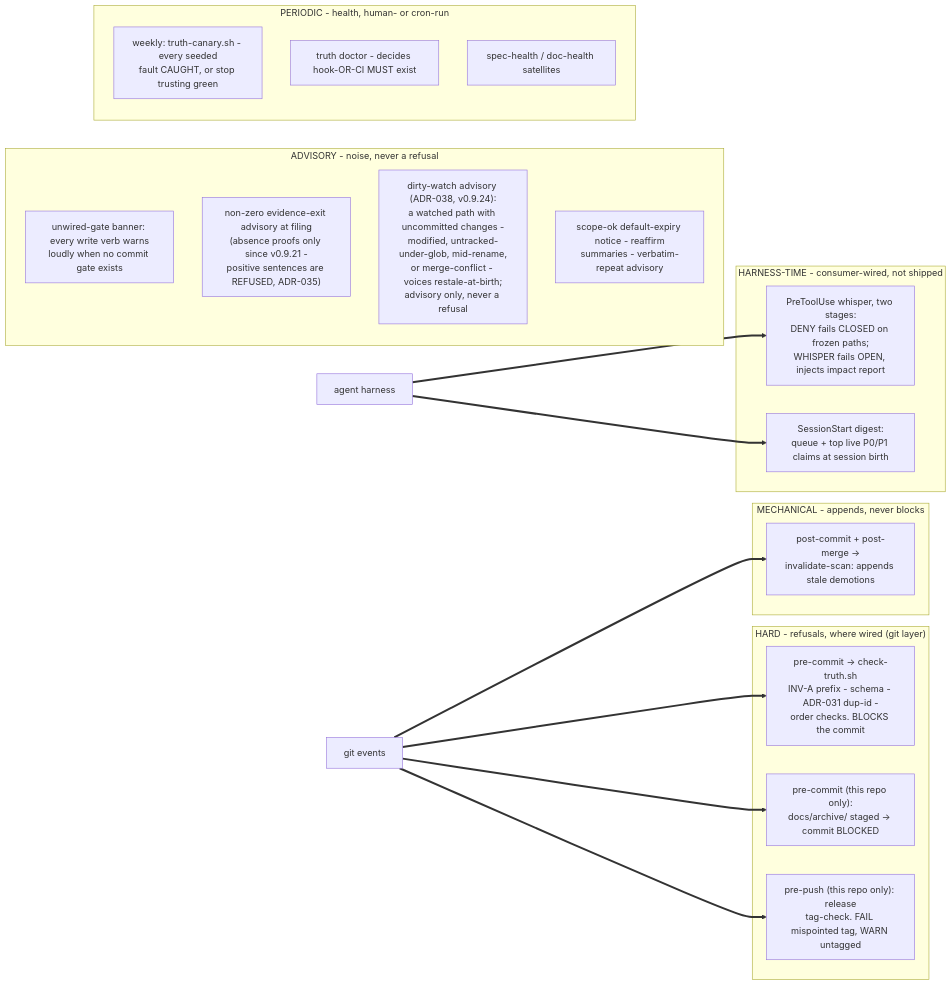
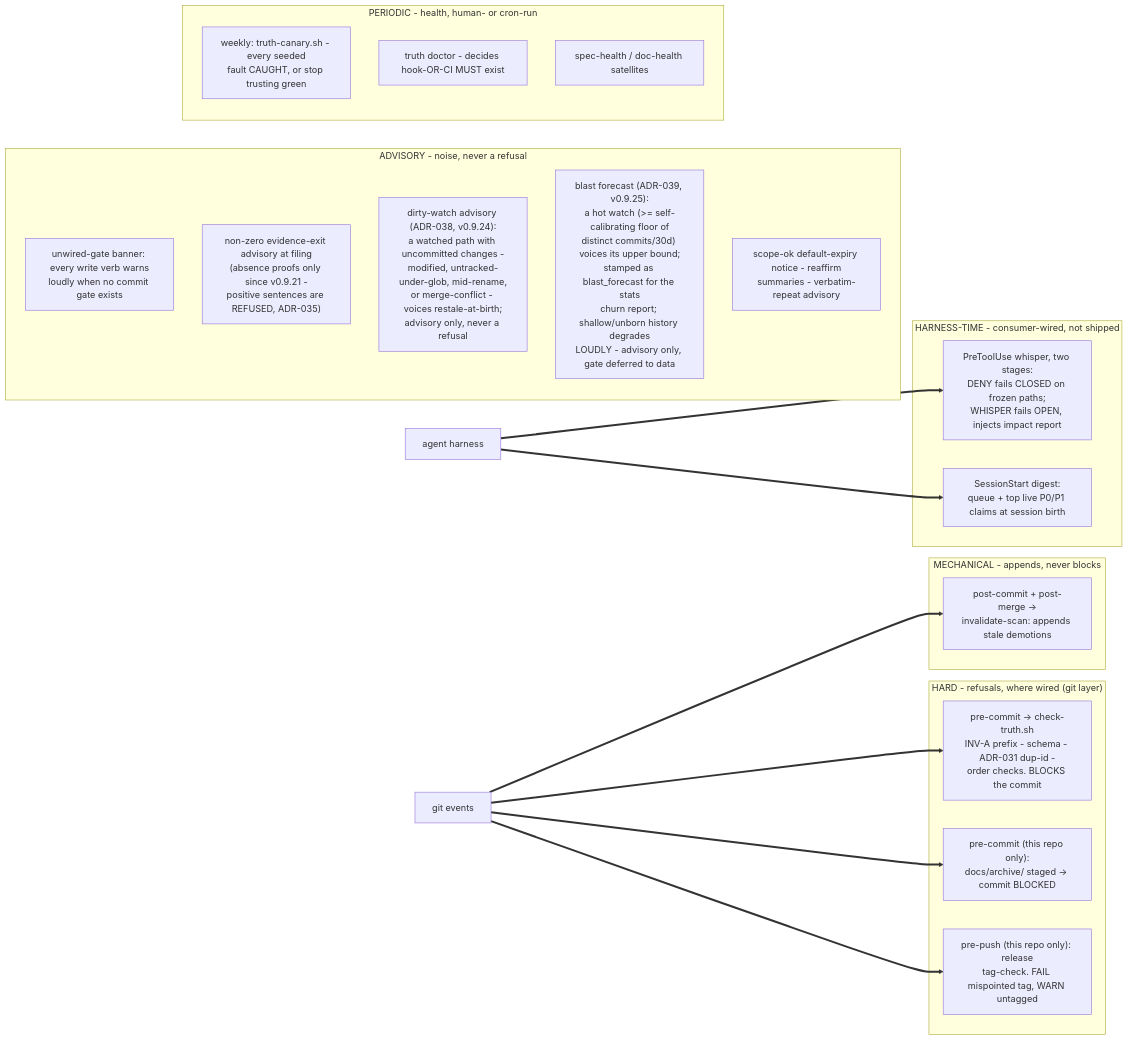
Before and after one commit to m1981/truth-ledger: the sixth of 7 diagrams in docs/truth-ledger-explained.md, drawn with Mermaid. The commit also changed other lines of this file and 12 other files, not shown here.

First line of the commit message:
v0.9.25: ADR-039 blast forecast + churn report (R5, FINAL release of gates adoption)

````diff
--- a/docs/truth-ledger-explained.md
+++ b/docs/truth-ledger-explained.md
@@ -677,33 +677,34 @@
 ```mermaid
 flowchart LR
     subgraph hard["HARD - refusals, where wired (git layer)"]
         PC["pre-commit -> check-truth.sh<br/>INV-A prefix - schema - ADR-031 dup-id -<br/>order checks. BLOCKS the commit"]
         FR["pre-commit (this repo only):<br/>docs/archive/ staged -> commit BLOCKED"]
         PP["pre-push (this repo only): release<br/>tag-check. FAIL mispointed tag, WARN untagged"]
     end
 
     subgraph mech["MECHANICAL - appends, never blocks"]
         POC["post-commit + post-merge -><br/>invalidate-scan: appends stale demotions"]
     end
 
     subgraph harness["HARNESS-TIME - consumer-wired, not shipped"]
         WH["PreToolUse whisper, two stages:<br/>DENY fails CLOSED on frozen paths;<br/>WHISPER fails OPEN, injects impact report"]
         DG["SessionStart digest:<br/>queue + top live P0/P1 claims at session birth"]
     end
 
     subgraph advisory["ADVISORY - noise, never a refusal"]
         BAN["unwired-gate banner: every write verb warns<br/>loudly when no commit gate exists"]
         EXW["non-zero evidence-exit advisory at filing<br/>(absence proofs only since v0.9.21 -<br/>positive sentences are REFUSED, ADR-035)"]
         DWN["dirty-watch advisory (ADR-038, v0.9.24):<br/>a watched path with uncommitted changes -<br/>modified, untracked-under-glob, mid-rename,<br/>or merge-conflict - voices restale-at-birth;<br/>advisory only, never a refusal"]
+        BLF["blast forecast (ADR-039, v0.9.25):<br/>a hot watch (>= self-calibrating floor of<br/>distinct commits/30d) voices its upper bound;<br/>stamped as blast_forecast for the stats<br/>churn report; shallow/unborn history degrades<br/>LOUDLY - advisory only, gate deferred to data"]
         SOK["scope-ok default-expiry notice - reaffirm<br/>summaries - verbatim-repeat advisory"]
     end
 
     subgraph periodic["PERIODIC - health, human- or cron-run"]
         CAN["weekly: truth-canary.sh - every seeded<br/>fault CAUGHT, or stop trusting green"]
         DOC["truth doctor - decides hook-OR-CI MUST exist"]
         SAT["spec-health / doc-health satellites"]
     end
 
     GIT["git events"] ==> PC & FR & PP & POC
     HARN2["agent harness"] ==> WH & DG
 ```
````
